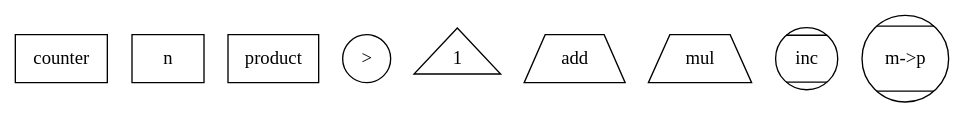
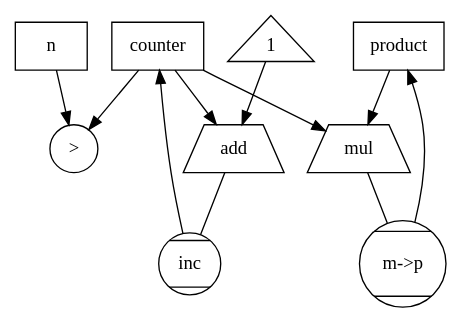
The first of 2 diagrams in ex5.1.org (drcxd/sicp-exercises), drawn with Graphviz before and after one commit. The commit also changed other lines of this file, not shown here.

Commit message:
Exercise 5.1

```diff
--- a/ex5.1.org
+++ b/ex5.1.org
@@ -3,14 +5,32 @@
-#+begin_src dot :file ex5.1.png
+#+begin_src dot :file ex5.1-data.png
   digraph {
-      node [fontname="Cascadia Code"]
-      counter [shape="box"];
-      n [shape="box"];
-      product [shape="box"];
-      ge [shape="circle" label=">"];
-      one [shape="triangle" label="1"];
-      add [shape="trapezium"];
-      mul [shape="trapezium"];
-      inc [shape="Mcircle" label="inc"];
-      m2p [shape="Mcircle" label="m->p"];
+      node [fontname="IBM Plex Mono"];
+      counter [shape=box];
+      n [shape=box];
+      product [shape=box];
+      g [shape=circle label=">"];
+      one [shape=triangle label="1"];
+      add [shape=trapezium];
+      mul [shape=trapezium];
+      inc [shape=Mcircle label="inc"];
+      m2p [shape=Mcircle label="m->p"];
+
+      counter -> g;
+      n -> g;
+
+      counter -> add;
+      one -> add;
+
+      add -> inc [dir=none];
+      inc -> counter;
+
+      counter -> mul;
+      product -> mul;
+
+      mul -> m2p [dir=none];
+
+      m2p -> product;
+
+      {rank=same; counter; n; product; };
   }
 #+end_src
```
